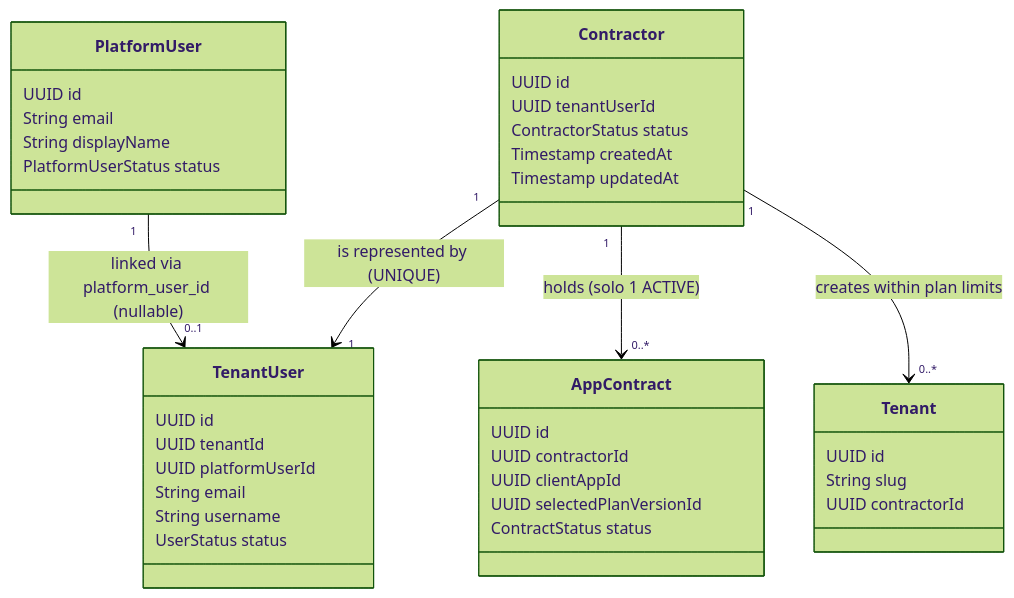
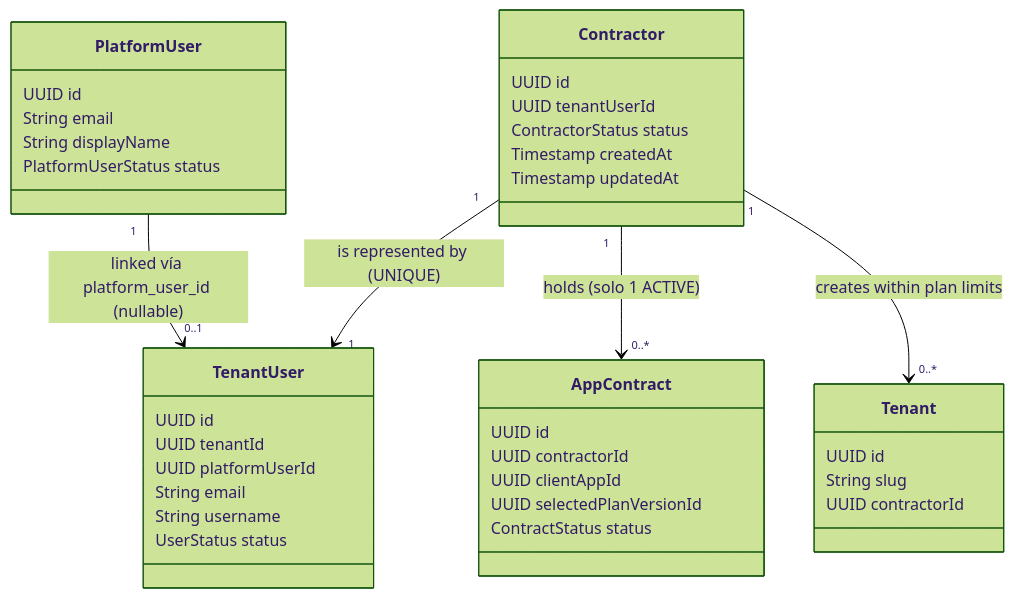
The first of 10 diagrams in docs/api/BILLING_FLOW.md (cmartinezs/keygo-server), drawn with Mermaid (forest theme) before and after one commit. The commit also changed other lines of this file and 80 other files, not shown here.

````diff
--- a/docs/api/BILLING_FLOW.md
+++ b/docs/api/BILLING_FLOW.md
@@ -50,45 +50,45 @@
 ```mermaid
 classDiagram
     class PlatformUser {
         UUID id
         String email
         String displayName
         PlatformUserStatus status
     }
 
     class TenantUser {
         UUID id
         UUID tenantId
         UUID platformUserId
         String email
         String username
         UserStatus status
     }
 
     class Contractor {
         UUID id
         UUID tenantUserId
         ContractorStatus status
         Timestamp createdAt
         Timestamp updatedAt
     }
 
     class AppContract {
         UUID id
         UUID contractorId
         UUID clientAppId
         UUID selectedPlanVersionId
         ContractStatus status
     }
 
     class Tenant {
         UUID id
         String slug
         UUID contractorId
     }
 
-    PlatformUser "1" --> "0..1" TenantUser : linked via platform_user_id (nullable)
+    PlatformUser "1" --> "0..1" TenantUser : linked vía platform_user_id (nullable)
     Contractor "1" --> "1" TenantUser : is represented by (UNIQUE)
     Contractor "1" --> "0..*" AppContract : holds (solo 1 ACTIVE)
     Contractor "1" --> "0..*" Tenant : creates within plan limits
 ```
````
